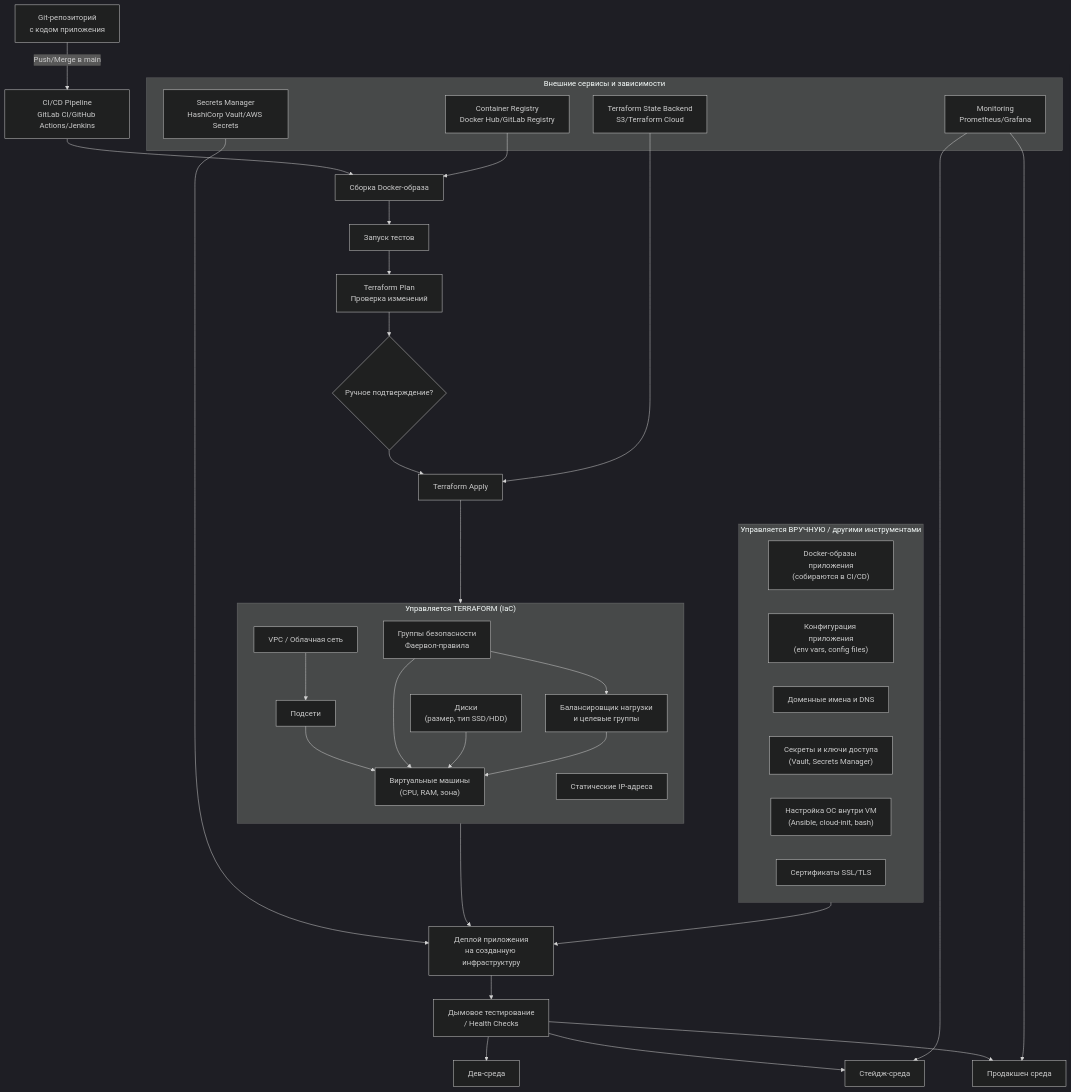
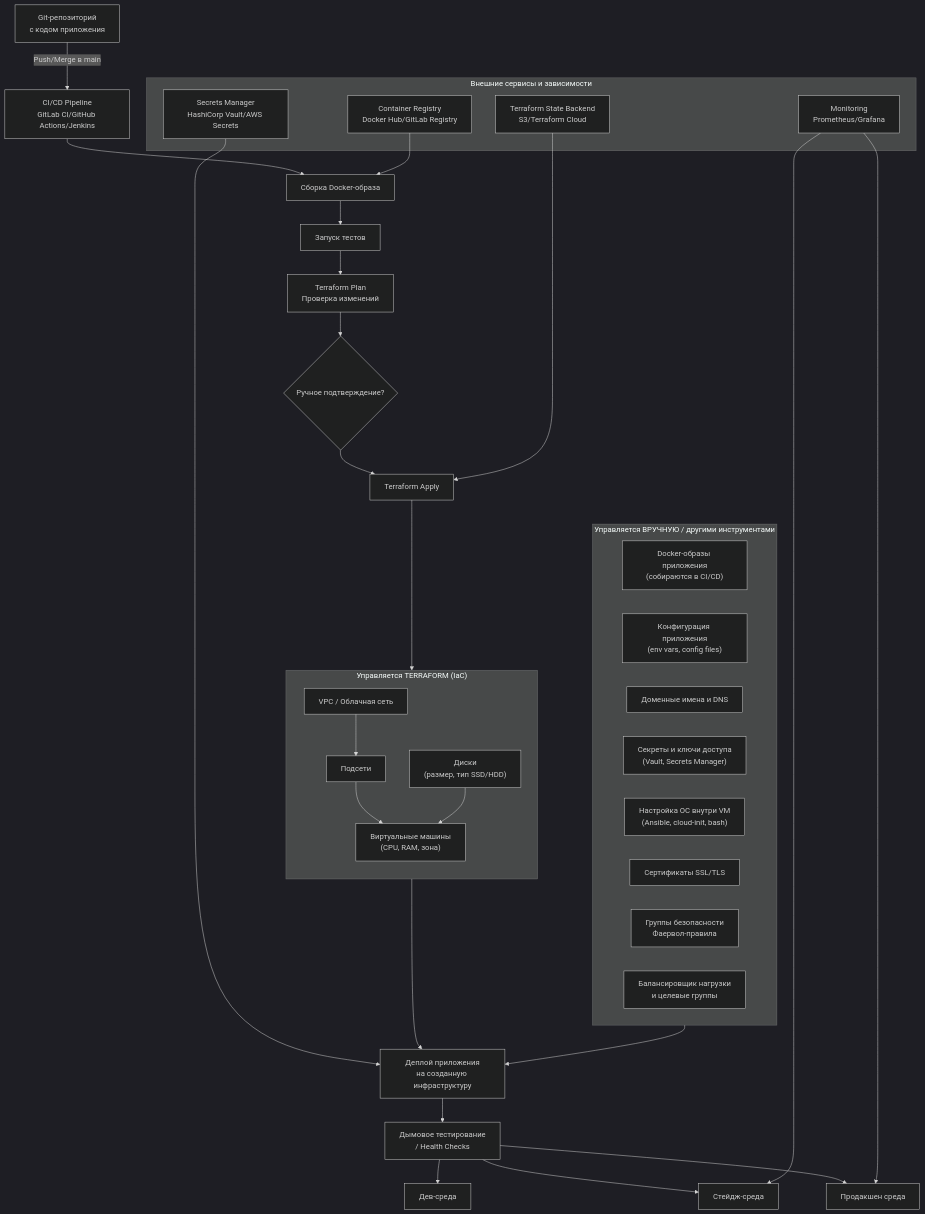
Before and after one commit to knautilus/architecture-future_2_0: the diagram in Task4/flowchart.mmd, drawn with Mermaid (dark theme). The commit also changed 7 other files, not shown here.

```diff
--- a/Task4/flowchart.mmd
+++ b/Task4/flowchart.mmd
@@ -1,64 +1,59 @@
 flowchart TD
     %% ========== СЕКЦИЯ 1: ТРИГГЕР И CI/CD ПАЙПЛАЙН ==========
     Git[Git-репозиторий<br/>с кодом приложения] --> |Push/Merge в main| CI[CI/CD Pipeline<br/>GitLab CI/GitHub Actions/Jenkins]
     
     CI --> Build[Сборка Docker-образа]
     Build --> Test[Запуск тестов]
     Test --> Plan[Terraform Plan<br/>Проверка изменений]
     Plan --> Approval{Ручное подтверждение?}
     Approval --> Apply[Terraform Apply]
-
     
     %% ========== СЕКЦИЯ 2: КОМПОНЕНТЫ ИНФРАСТРУКТУРЫ ==========
     subgraph ManagedByTerraform["Управляется TERRAFORM (IaC)"]
         direction TB
         T1["VPC / Облачная сеть"]
         T2["Подсети"]
-        T3["Группы безопасности<br/>Фаервол-правила"]
-        T4["Виртуальные машины<br/>(CPU, RAM, зона)"]
-        T5["Диски<br/>(размер, тип SSD/HDD)"]
-        T6["Балансировщик нагрузки<br/>и целевые группы"]
-        T7["Статические IP-адреса"]
+        T3["Виртуальные машины<br/>(CPU, RAM, зона)"]
+        T4["Диски<br/>(размер, тип SSD/HDD)"]
         
         T1 --> T2
-        T2 --> T4
-        T3 --> T4
-        T3 --> T6
-        T5 --> T4
-        T6 --> T4
+        T2 --> T3
+        T4 --> T3
     end
     
     subgraph ManualConfig["Управляется ВРУЧНУЮ / другими инструментами"]
         direction LR
         M1["Docker-образы приложения<br/>(собираются в CI/CD)"]
         M2["Конфигурация приложения<br/>(env vars, config files)"]
         M3["Доменные имена и DNS"]
         M4["Секреты и ключи доступа<br/>(Vault, Secrets Manager)"]
         M5["Настройка ОС внутри VM<br/>(Ansible, cloud-init, bash)"]
         M6["Сертификаты SSL/TLS"]
+        M7["Группы безопасности<br/>Фаервол-правила"]
+        M8["Балансировщик нагрузки<br/>и целевые группы"]
     end
     
     %% ========== СЕКЦИЯ 3: СВЯЗИ И ДЕПЛОЙ ==========
     Apply --> ManagedByTerraform
     
     ManagedByTerraform --> Deploy[Деплой приложения<br/>на созданную инфраструктуру]
     ManualConfig --> Deploy
     
     Deploy --> SmokeTest[Дымовое тестирование<br/>/ Health Checks]
     SmokeTest --> Production[Продакшен среда]
     SmokeTest --> Stage[Стейдж-среда]
     SmokeTest --> Dev[Дев-среда]
     
     %% ========== СЕКЦИЯ 4: ВНЕШНИЕ СЕРВИСЫ ==========
     subgraph ExternalServices[Внешние сервисы и зависимости]
         E1[Container Registry<br/>Docker Hub/GitLab Registry]
         E2[Terraform State Backend<br/>S3/Terraform Cloud]
         E3[Secrets Manager<br/>HashiCorp Vault/AWS Secrets]
         E4[Monitoring<br/>Prometheus/Grafana]
     end
     
     E1 --> Build
     E2 --> Apply
     E3 --> Deploy
     E4 --> Production
     E4 --> Stage
```
